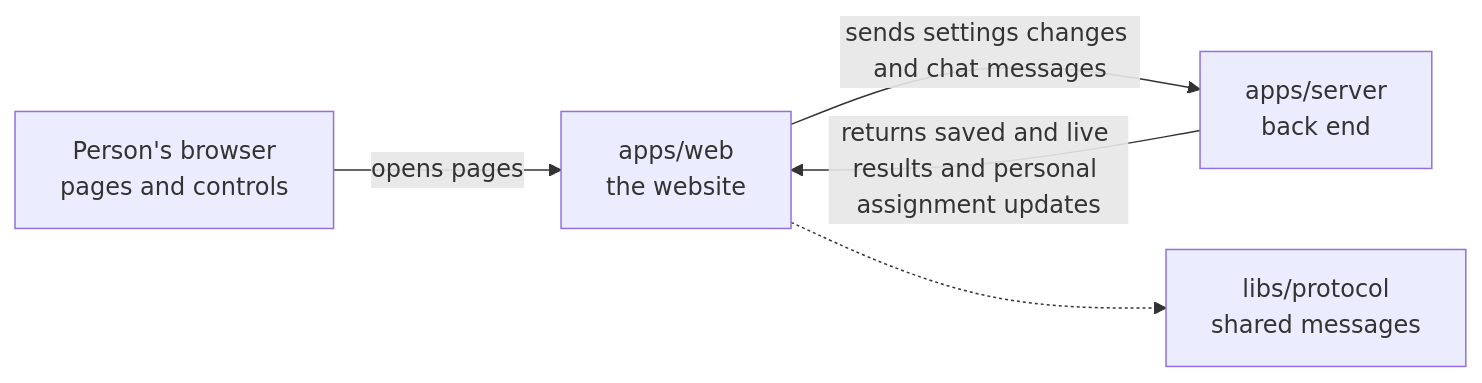
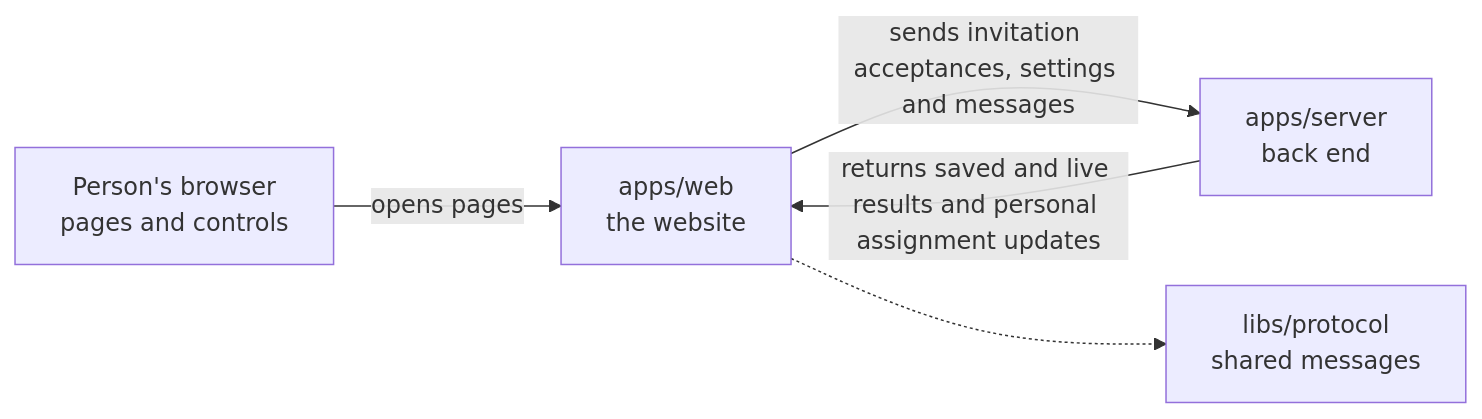
One commit to elewa-git/opencrane-new changed the diagram in apps/web/README.md. Above: the diagram before and after it, drawn with Mermaid. The commit also changed other lines of this file and 80 other files, not shown here.

````diff
--- a/apps/web/README.md
+++ b/apps/web/README.md
@@ -17,7 +17,7 @@
 ```mermaid
 flowchart LR
   browser["Person's browser<br/>pages and controls"] -->|opens pages| web["apps/web<br/>the website"]
-  web -->|sends settings changes and chat messages| server["apps/server<br/>back end"]
+  web -->|sends invitation acceptances, settings and messages| server["apps/server<br/>back end"]
   server -->|returns saved and live results and personal assignment updates| web
   web -.-> protocol["libs/protocol<br/>shared messages"]
 ```
````
